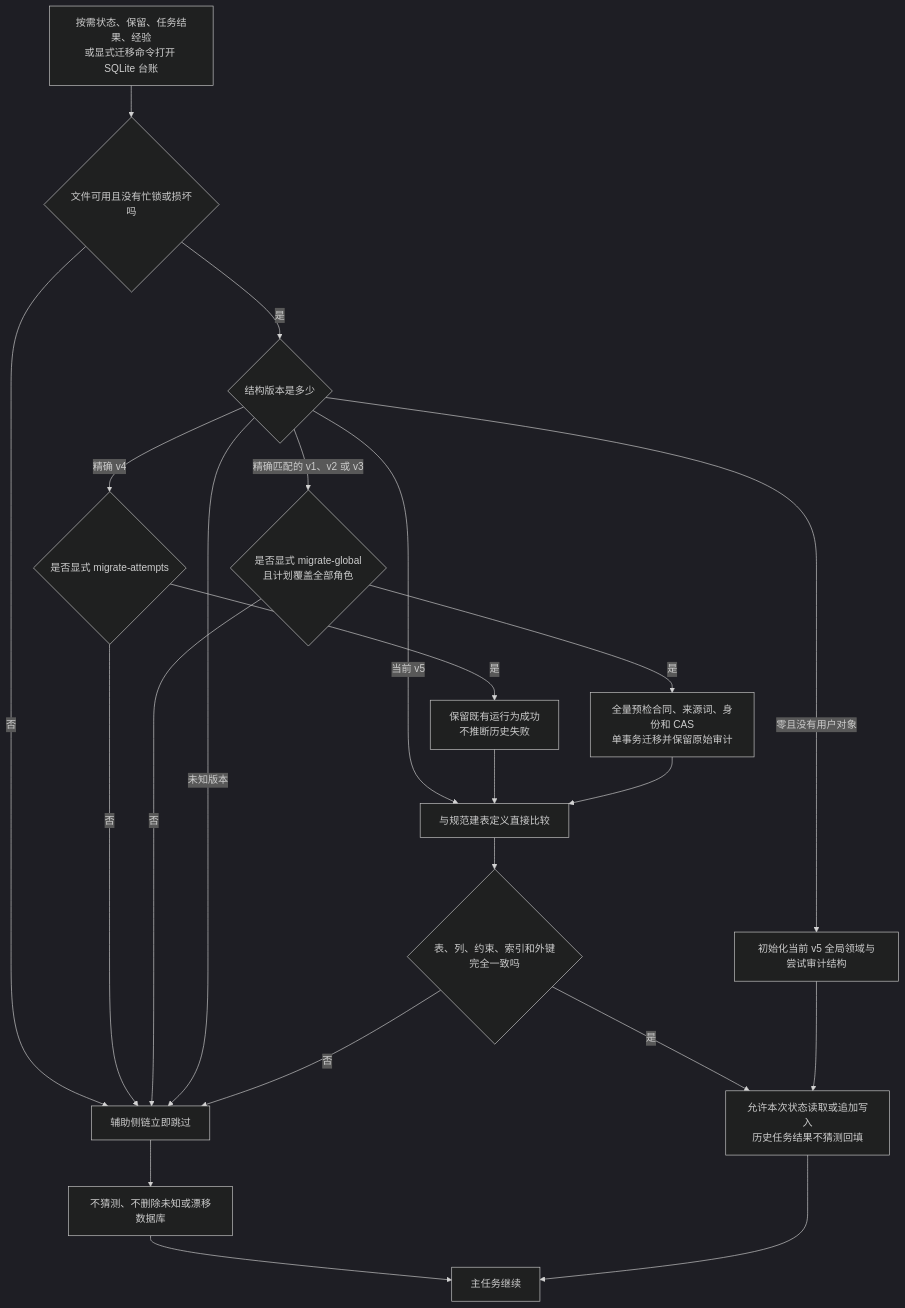
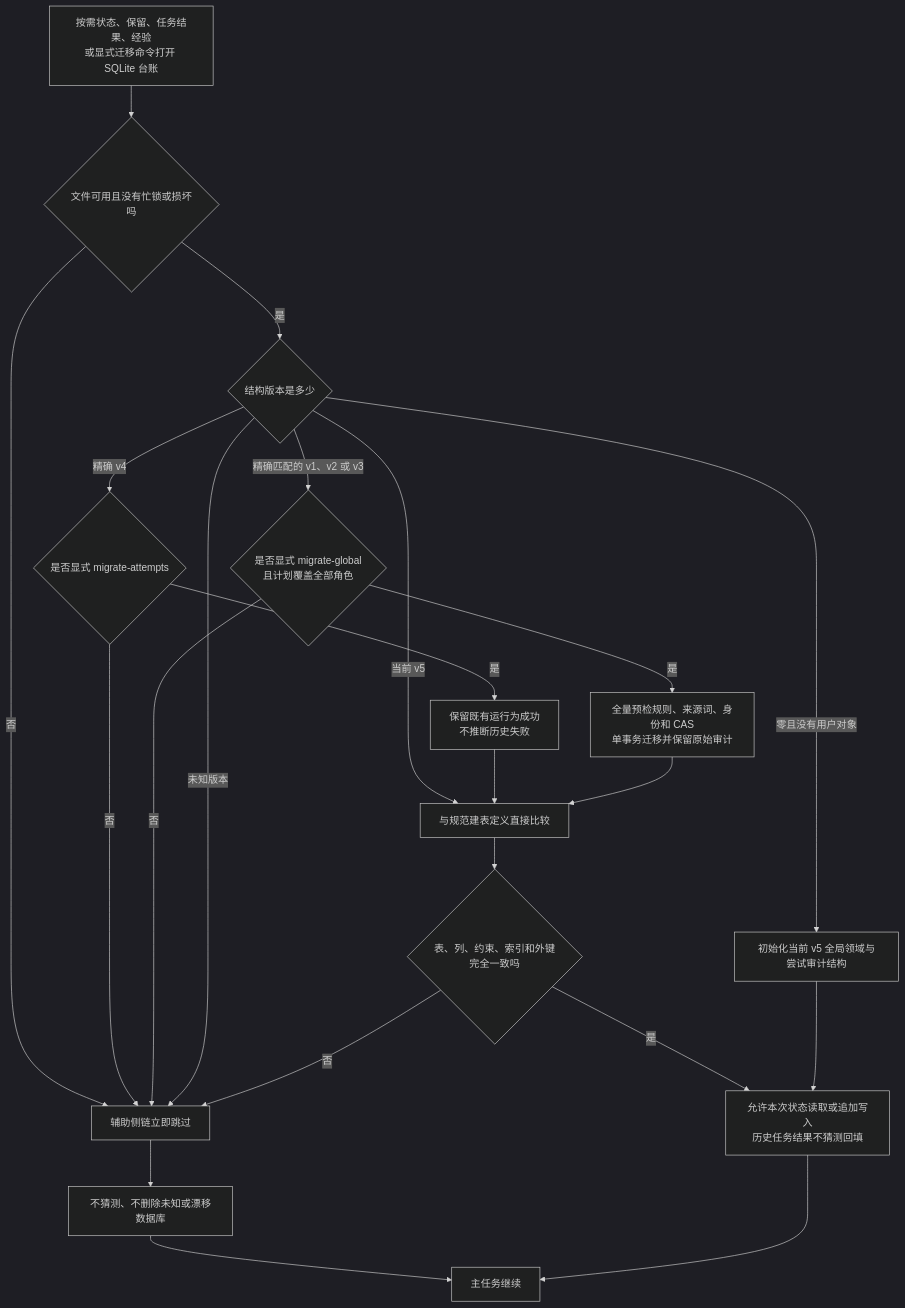
Diagram 11 of 13 in skills/lean-stack/references/flowcharts-zh.md (Lang45/codex-lean-stack), drawn with Mermaid (dark theme) before and after one commit. The commit also changed other lines of this file and 24 other files, not shown here.

````diff
--- a/skills/lean-stack/references/flowcharts-zh.md
+++ b/skills/lean-stack/references/flowcharts-zh.md
@@ -612,24 +615,24 @@
 ```mermaid
 flowchart TD
     A[按需状态、保留、任务结果、经验<br/>或显式迁移命令打开 SQLite 台账] --> B{文件可用且没有忙锁或损坏吗}
     B -->|否| C[辅助侧链立即跳过]
     B -->|是| D{结构版本是多少}
     D -->|零且没有用户对象| E[初始化当前 v5 全局领域与尝试审计结构]
     D -->|当前 v5| F[与规范建表定义直接比较]
     D -->|精确 v4| V4{是否显式 migrate-attempts}
     V4 -->|否| C
     V4 -->|是| V5[保留既有运行为成功<br/>不推断历史失败]
     V5 --> F
     D -->|精确匹配的 v1、v2 或 v3| G{是否显式 migrate-global<br/>且计划覆盖全部角色}
     G -->|否| C
-    G -->|是| G2[全量预检合同、来源词、身份和 CAS<br/>单事务迁移并保留原始审计]
+    G -->|是| G2[全量预检规则、来源词、身份和 CAS<br/>单事务迁移并保留原始审计]
     G2 --> F
     D -->|未知版本| C
     F --> H{表、列、约束、索引和外键完全一致吗}
     H -->|是| I[允许本次状态读取或追加写入<br/>历史任务结果不猜测回填]
     H -->|否| C
     C --> J[不猜测、不删除未知或漂移数据库]
     J --> K[主任务继续]
     E --> I
     I --> K
 ```
````
